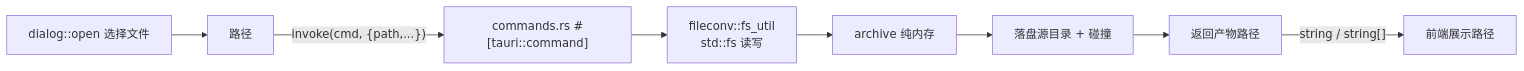
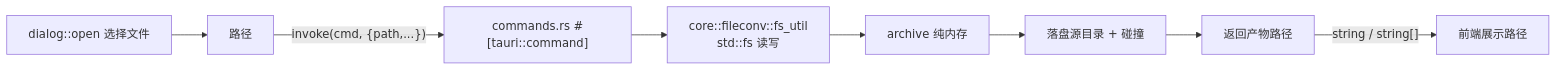
Before and after one commit to int2t05/NexToolkit: the seventh of 7 diagrams in docs/flow.md, drawn with Mermaid. The commit also changed other lines of this file and 57 other files, not shown here.

````diff
--- a/docs/flow.md
+++ b/docs/flow.md
@@ -106,10 +110,10 @@
 ```mermaid
 flowchart LR
   DIALOG["dialog::open 选择文件"] --> PATH["路径"]
   PATH -->|"invoke(cmd, {path,...})"| CMD["commands.rs #[tauri::command]"]
-  CMD --> FS["fileconv::fs_util<br/>std::fs 读写"]
+  CMD --> FS["core::fileconv::fs_util<br/>std::fs 读写"]
   FS --> ARCHIVE["archive 纯内存"]
   ARCHIVE --> WRITE["落盘源目录 + 碰撞"]
   WRITE --> RET["返回产物路径"]
   RET -->|"string / string[]"| UI["前端展示路径"]
 ```
````
